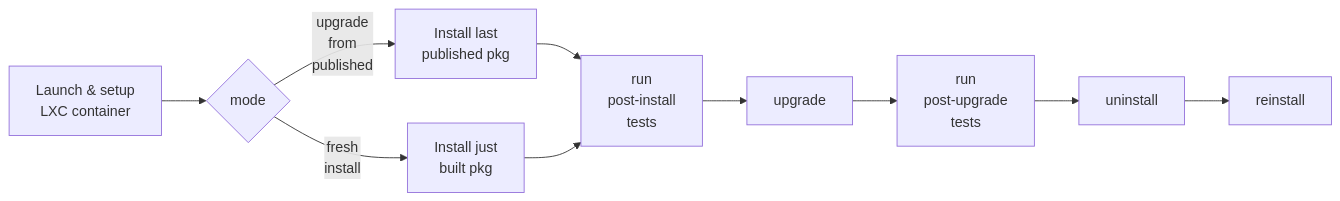
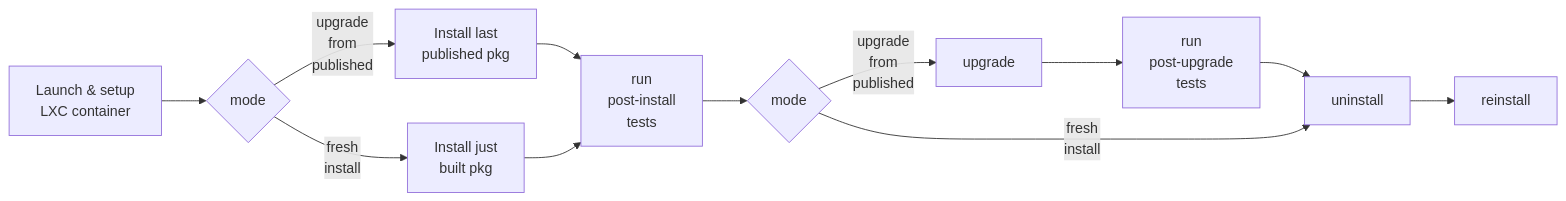
One commit to NLnetLabs/ploutos changed the second of 2 diagrams in docs/ploutos/os_packaging.md. Above: the diagram before and after it, drawn with Mermaid.

Commit message:
Correction.

````diff
--- a/docs/ploutos/os_packaging.md
+++ b/docs/ploutos/os_packaging.md
@@ -217,15 +217,18 @@
 ```mermaid
 flowchart LR
   prep-container[Launch & setup\nLXC container]
   install-prev[Install last\npublished pkg]
   install-new[Install just\nbuilt pkg]
   test1[run\npost-install\ntests]
   test2[run\npost-upgrade\ntests]
 
   prep-container --> next{mode}
   next -- upgrade\nfrom\npublished --> install-prev
   next -- fresh\ninstall --> install-new
   install-prev --> test1
   install-new --> test1
-  test1 --> upgrade --> test2 --> uninstall --> reinstall
+  test1 --> next2{mode}
+  next2 -- upgrade\nfrom\npublished --> upgrade --> test2 --> uninstall
+  next2 -- fresh\ninstall --> uninstall
+  uninstall --> reinstall
 ```
````
